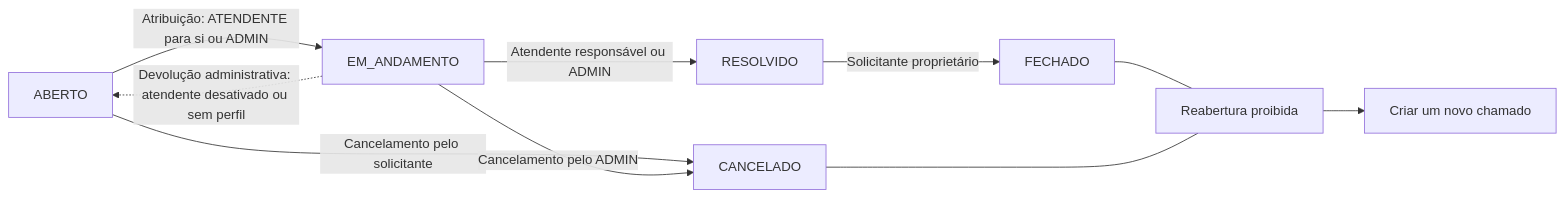
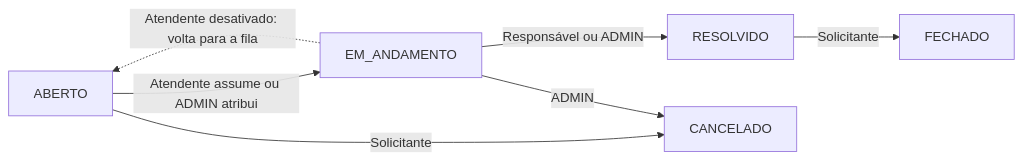
Before and after one commit to Morais-Felipe/SolveIT: the first of 2 diagrams in README.md, drawn with Mermaid. The commit also changed other lines of this file and 8 other files, not shown here.

````diff
--- a/README.md
+++ b/README.md
@@ -235,12 +68,9 @@
 ```mermaid
 flowchart LR
-    A[ABERTO] -->|Atribuição: ATENDENTE para si ou ADMIN| E[EM_ANDAMENTO]
-    E -->|Atendente responsável ou ADMIN| R[RESOLVIDO]
-    R -->|Solicitante proprietário| F[FECHADO]
-    A -->|Cancelamento pelo solicitante| C[CANCELADO]
-    E -->|Cancelamento pelo ADMIN| C
-    E -.->|Devolução administrativa: atendente desativado ou sem perfil| A
-    F --- X[Reabertura proibida]
-    C --- X
-    X --> N[Criar um novo chamado]
+    A[ABERTO] -->|Atendente assume ou ADMIN atribui| E[EM_ANDAMENTO]
+    E -->|Responsável ou ADMIN| R[RESOLVIDO]
+    R -->|Solicitante| F[FECHADO]
+    A -->|Solicitante| C[CANCELADO]
+    E -->|ADMIN| C
+    E -.->|Atendente desativado: volta para a fila| A
 ```
````
